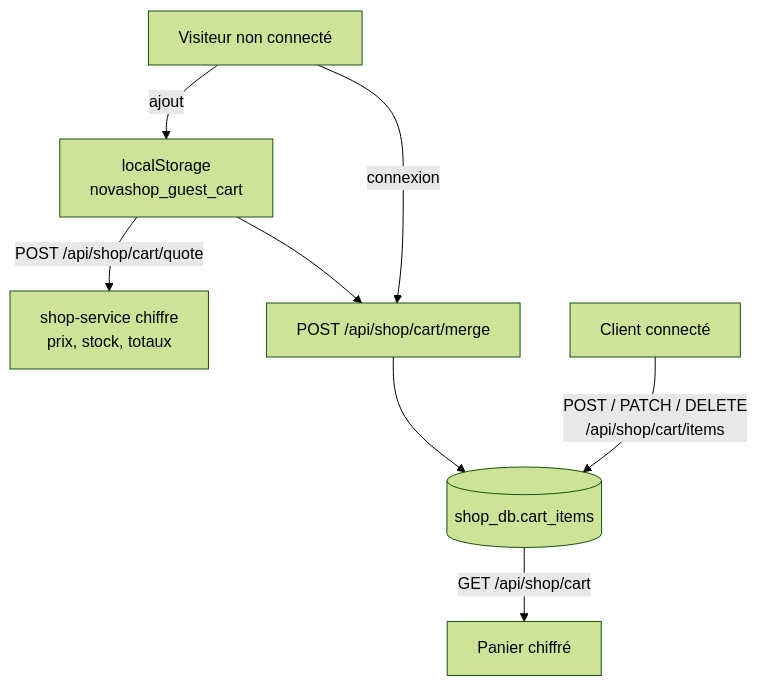
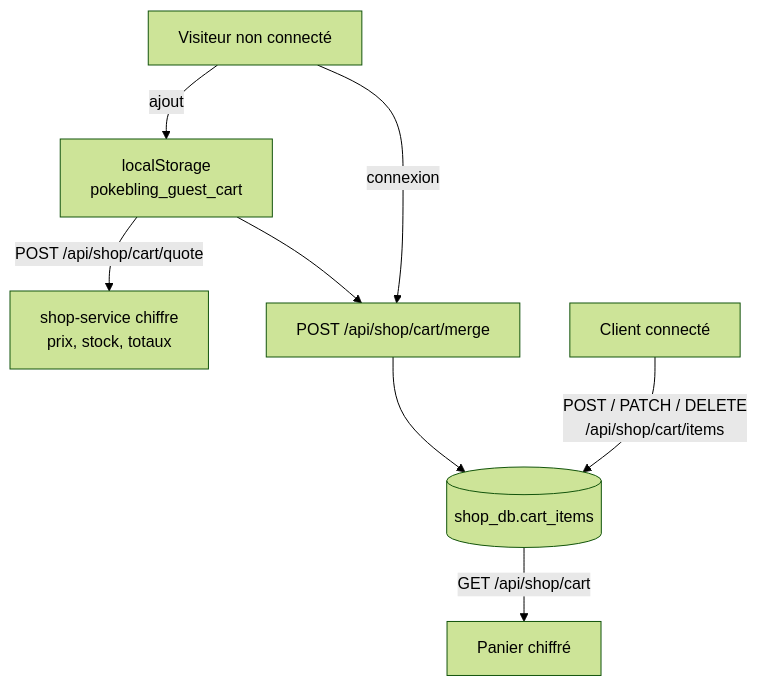
One commit to redarcepsi/workshop-novashop changed the diagram in documents/processus-panier.md. Above: the diagram before and after it, drawn with Mermaid (forest theme). The commit also changed other lines of this file and 91 other files, not shown here.

````diff
--- a/documents/processus-panier.md
+++ b/documents/processus-panier.md
@@ -9,10 +9,10 @@
 ```mermaid
 flowchart TD
-    V[Visiteur non connecté] -->|ajout| LS["localStorage<br/>novashop_guest_cart"]
+    V[Visiteur non connecté] -->|ajout| LS["localStorage<br/>pokebling_guest_cart"]
     LS -->|"POST /api/shop/cart/quote"| Q["shop-service chiffre<br/>prix, stock, totaux"]
     V -->|connexion| M["POST /api/shop/cart/merge"]
     LS --> M
     M --> C[("shop_db.cart_items")]
     K[Client connecté] -->|"POST / PATCH / DELETE<br/>/api/shop/cart/items"| C
     C -->|"GET /api/shop/cart"| T[Panier chiffré]
 ```
````
